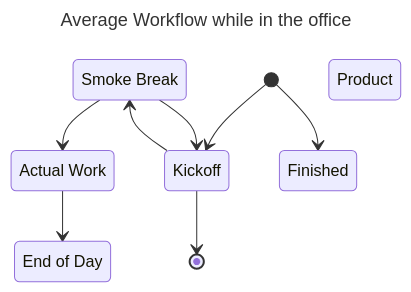
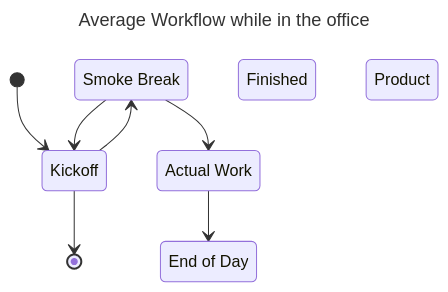
One commit to EricTelekom/EricTelekom changed the second of 2 diagrams in README.md. Above: the diagram before and after it, drawn with Mermaid.

````diff
--- a/README.md
+++ b/README.md
@@ -25,17 +25,17 @@
 ```mermaid
 ---
 title: Average Workflow while in the office
 ---
 stateDiagram-v2
     State1: Smoke Break
     State2: Actual Work
     State3: End of Day
     [*] --> Kickoff
     Kickoff --> [*]
 
     Kickoff --> State1
     State1 --> Kickoff
     State1 --> State2
     State2 --> State3
-    [*] --> Finished Product
+    Finished Product
 ```
````
